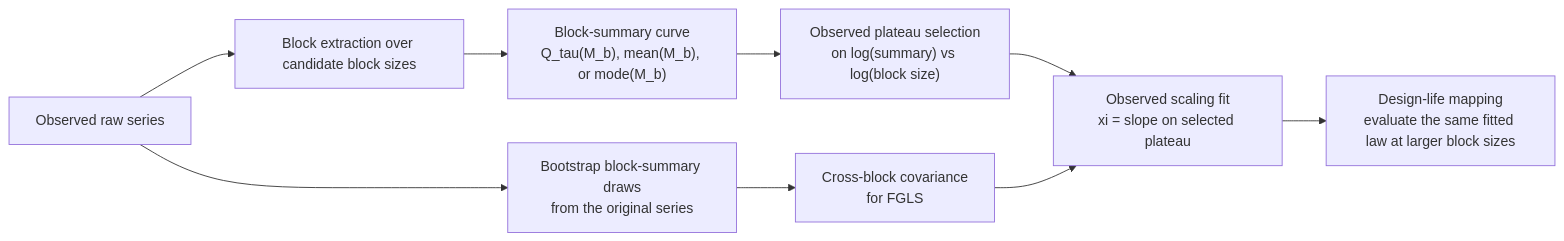
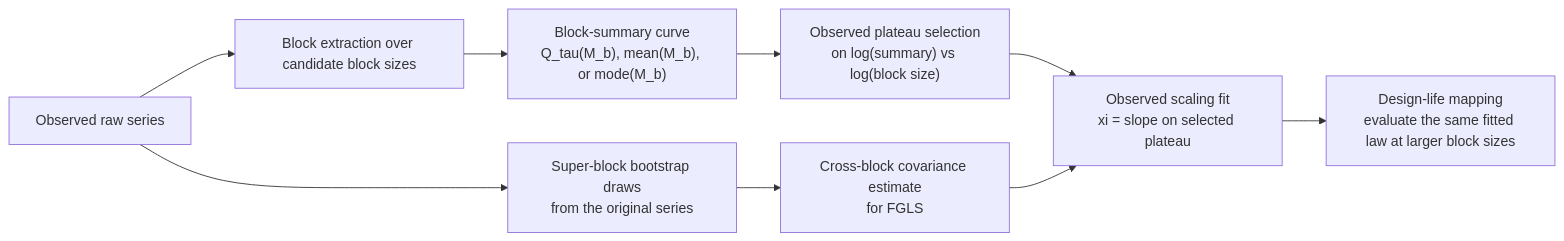
The first of 2 diagrams in docs/concepts.md (TY-Cheng/UniBM), drawn with Mermaid before and after one commit. The commit also changed other lines of this file and 11 other files, not shown here.

````diff
--- a/docs/concepts.md
+++ b/docs/concepts.md
@@ -15,11 +15,11 @@
 ```mermaid
 flowchart LR
     raw["Observed raw series"] --> blocks["Block extraction over candidate block sizes"]
     blocks --> summaries["Block-summary curve<br/>Q_tau(M_b), mean(M_b), or mode(M_b)"]
     summaries --> plateau["Observed plateau selection<br/>on log(summary) vs log(block size)"]
-    raw --> bootstrap["Bootstrap block-summary draws<br/>from the original series"]
-    bootstrap --> covariance["Cross-block covariance<br/>for FGLS"]
+    raw --> bootstrap["Super-block bootstrap draws<br/>from the original series"]
+    bootstrap --> covariance["Cross-block covariance estimate<br/>for FGLS"]
     plateau --> fit["Observed scaling fit<br/>xi = slope on selected plateau"]
     covariance --> fit
     fit --> design["Design-life mapping<br/>evaluate the same fitted law at larger block sizes"]
 ```
````
